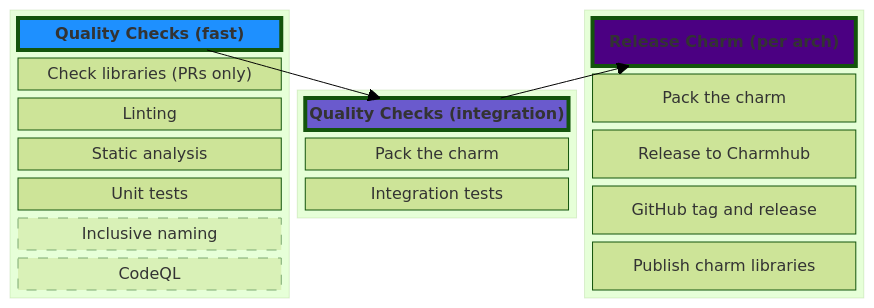
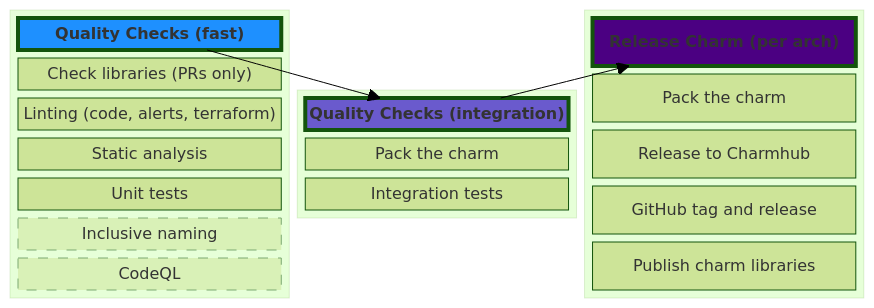
One commit to canonical/observability changed the second of 3 diagrams in README.md. Above: the diagram before and after it, drawn with Mermaid (forest theme).

Commit message:
expand lint description in docs

````diff
--- a/README.md
+++ b/README.md
@@ -44,42 +44,42 @@
 ```mermaid
 block-beta
   block
     columns 1
     qualitychecksfast["<b>Quality Checks (fast)</b>"]
     prlabels["Check libraries (PRs only)"]
-    lint["Linting"]
+    lint["Linting (code, alerts, terraform)"]
     static["Static analysis"]
     unit["Unit tests"]
     inclusivenaming["Inclusive naming"]
     codeql["CodeQL"]
   end
 
   block
     columns 1
     qualitychecksslow["<b>Quality Checks (integration)</b>"]
     pack["Pack the charm"]
     integration["Integration tests"]
   end
 
 
   block
     columns 1
     release["<b>Release Charm (per arch)</b>"]
     packrelease["Pack the charm"]
     charmhubrelease["Release to Charmhub"]
     githubrelease["GitHub tag and release"]
     librariesrelease["Publish charm libraries"]
   end
 
 
 
 qualitychecksfast --> qualitychecksslow
 qualitychecksslow --> release
 
 style qualitychecksfast fill:dodgerblue,stroke-width:4px
 style qualitychecksslow fill:slateblue,stroke-width:4px
 style release fill:indigo,stroke-width:4px
 
 style inclusivenaming opacity:0.5,stroke-dasharray:10
 style codeql opacity:0.5,stroke-dasharray:10
 ```
````
